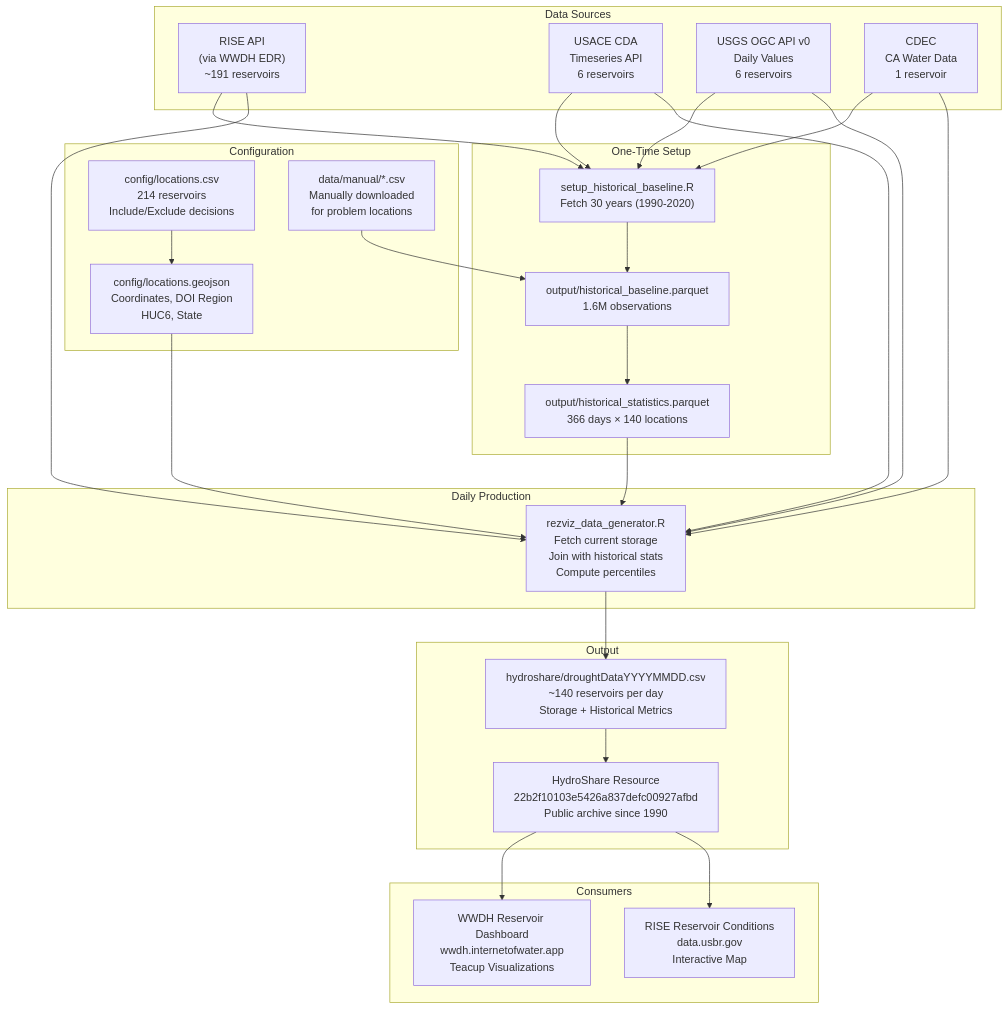
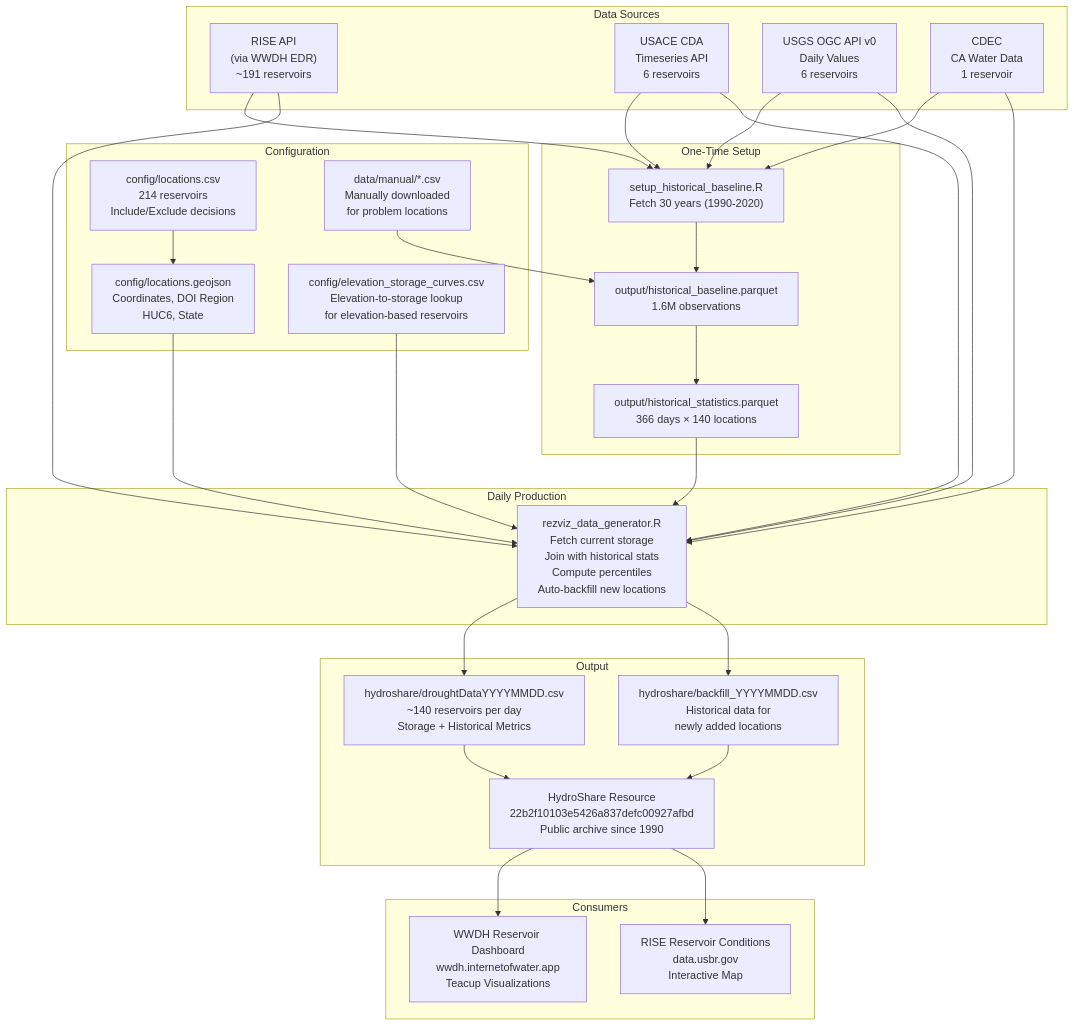
The first of 6 diagrams in R-workflow/architecture-diagram.md (cgs-earth/teacup-generator), drawn with Mermaid before and after one commit. The commit also changed other lines of this file, not shown here.

````diff
--- a/R-workflow/architecture-diagram.md
+++ b/R-workflow/architecture-diagram.md
@@ -5,61 +5,66 @@
 ```mermaid
 flowchart TB
     subgraph sources["Data Sources"]
         RISE["RISE API<br/>(via WWDH EDR)<br/>~191 reservoirs"]
         USACE["USACE CDA<br/>Timeseries API<br/>6 reservoirs"]
         USGS["USGS OGC API v0<br/>Daily Values<br/>6 reservoirs"]
         CDEC["CDEC<br/>CA Water Data<br/>1 reservoir"]
     end
 
     subgraph config["Configuration"]
         CSV["config/locations.csv<br/>214 reservoirs<br/>Include/Exclude decisions"]
         GEOJSON["config/locations.geojson<br/>Coordinates, DOI Region<br/>HUC6, State"]
+        ELEV_CURVES["config/elevation_storage_curves.csv<br/>Elevation-to-storage lookup<br/>for elevation-based reservoirs"]
         MANUAL["data/manual/*.csv<br/>Manually downloaded<br/>for problem locations"]
     end
 
     subgraph setup["One-Time Setup"]
         BASELINE["setup_historical_baseline.R<br/>Fetch 30 years (1990-2020)"]
         HIST_DATA["output/historical_baseline.parquet<br/>1.6M observations"]
         HIST_STATS["output/historical_statistics.parquet<br/>366 days × 140 locations"]
     end
 
     subgraph daily["Daily Production"]
-        GENERATOR["rezviz_data_generator.R<br/>Fetch current storage<br/>Join with historical stats<br/>Compute percentiles"]
+        GENERATOR["rezviz_data_generator.R<br/>Fetch current storage<br/>Join with historical stats<br/>Compute percentiles<br/>Auto-backfill new locations"]
     end
 
     subgraph output["Output"]
         DAILY_CSV["hydroshare/droughtDataYYYYMMDD.csv<br/>~140 reservoirs per day<br/>Storage + Historical Metrics"]
+        BACKFILL_CSV["hydroshare/backfill_YYYYMMDD.csv<br/>Historical data for<br/>newly added locations"]
         HYDROSHARE["HydroShare Resource<br/>22b2f10103e5426a837defc00927afbd<br/>Public archive since 1990"]
     end
 
     subgraph consumers["Consumers"]
         WWDH["WWDH Reservoir Dashboard<br/>wwdh.internetofwater.app<br/>Teacup Visualizations"]
         RISE_VIZ["RISE Reservoir Conditions<br/>data.usbr.gov<br/>Interactive Map"]
     end
 
     %% Data flow for setup
     RISE --> BASELINE
     USACE --> BASELINE
     USGS --> BASELINE
     CDEC --> BASELINE
     BASELINE --> HIST_DATA
     HIST_DATA --> HIST_STATS
 
     %% Data flow for daily
     RISE --> GENERATOR
     USACE --> GENERATOR
     USGS --> GENERATOR
     CDEC --> GENERATOR
     HIST_STATS --> GENERATOR
     GEOJSON --> GENERATOR
+    ELEV_CURVES --> GENERATOR
     GENERATOR --> DAILY_CSV
+    GENERATOR --> BACKFILL_CSV
     DAILY_CSV --> HYDROSHARE
+    BACKFILL_CSV --> HYDROSHARE
 
     %% Consumers
     HYDROSHARE --> WWDH
     HYDROSHARE --> RISE_VIZ
 
     %% Config relationships
     CSV --> GEOJSON
     MANUAL --> HIST_DATA
 ```
````
